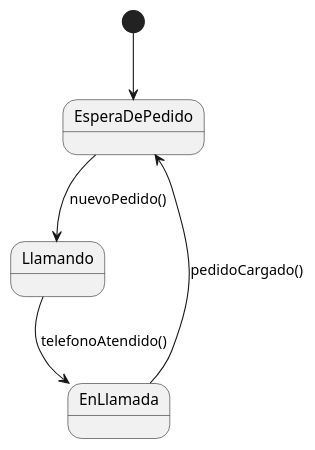
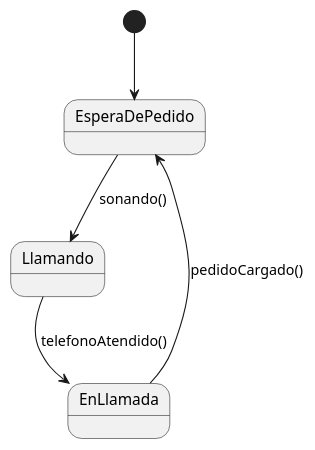
The diagram in Delivery/UML/telefono.puml (franciscolmos/PC-Ejercicios), drawn with PlantUML before and after one commit. The commit also changed 3 other files, not shown here.

Commit message:
Se crea la nueva version de delivery y se cambian los diagramas de estado

```diff
--- a/Delivery/UML/telefono.puml
+++ b/Delivery/UML/telefono.puml
@@ -1,6 +1,6 @@
 @startuml Telefono
     [*] --> EsperaDePedido
-    EsperaDePedido --> Llamando : nuevoPedido()
+    EsperaDePedido --> Llamando : sonando()
     Llamando --> EnLlamada: telefonoAtendido()
     EnLlamada --> EsperaDePedido : pedidoCargado()
 @endumlx
```
